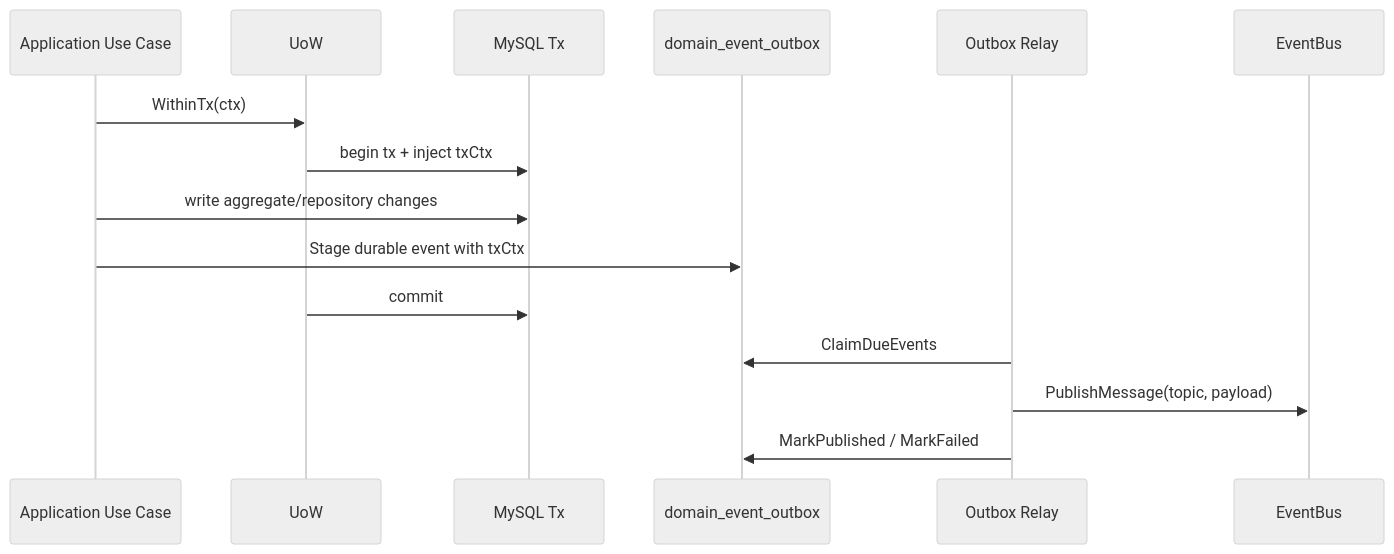
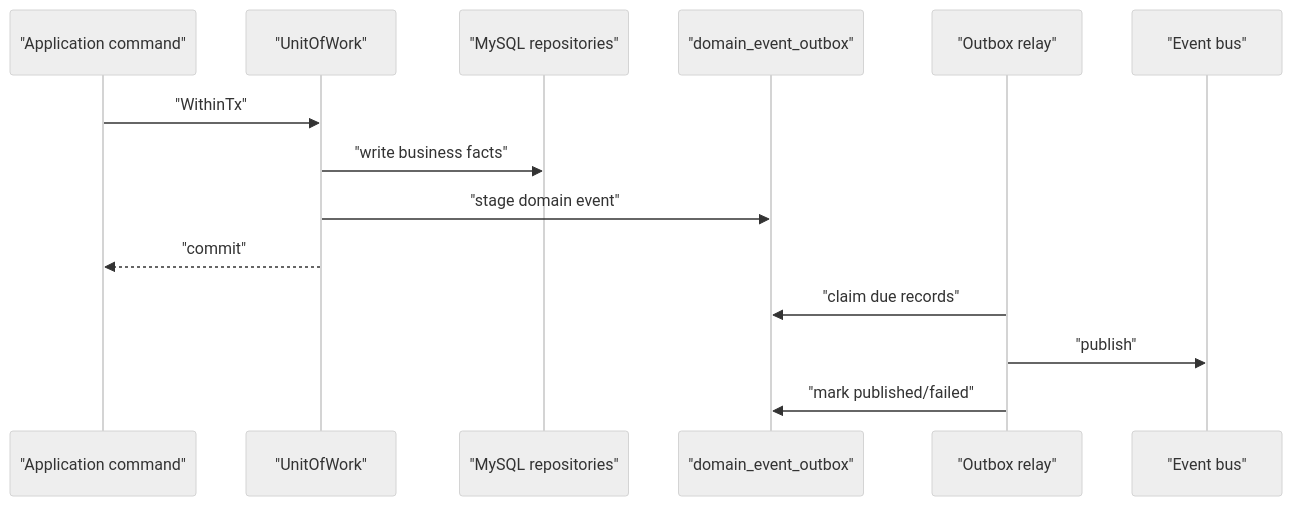
The diagram in docs/04-基础设施与运维/06-UoW与Transactional Outbox.md (FangcunMount/iam), drawn with Mermaid (neutral theme) before and after one commit. The commit also changed other lines of this file and 61 other files, not shown here.

````diff
--- a/docs/04-基础设施与运维/06-UoW与Transactional Outbox.md
+++ b/docs/04-基础设施与运维/06-UoW与Transactional Outbox.md
@@ -32,18 +27,17 @@
 ```mermaid
 sequenceDiagram
-  participant App as Application Use Case
-  participant UOW as UoW
-  participant DB as MySQL Tx
-  participant OB as domain_event_outbox
-  participant Relay as Outbox Relay
-  participant MQ as EventBus
+    participant App as "Application command"
+    participant UoW as "UnitOfWork"
+    participant Store as "MySQL repositories"
+    participant Outbox as "domain_event_outbox"
+    participant Relay as "Outbox relay"
+    participant Bus as "Event bus"
 
-  App->>UOW: WithinTx(ctx)
-  UOW->>DB: begin tx + inject txCtx
-  App->>DB: write aggregate/repository changes
-  App->>OB: Stage durable event with txCtx
-  UOW->>DB: commit
-  Relay->>OB: ClaimDueEvents
-  Relay->>MQ: PublishMessage(topic, payload)
-  Relay->>OB: MarkPublished / MarkFailed
+    App->>UoW: "WithinTx"
+    UoW->>Store: "write business facts"
+    UoW->>Outbox: "stage domain event"
+    UoW-->>App: "commit"
+    Relay->>Outbox: "claim due records"
+    Relay->>Bus: "publish"
+    Relay->>Outbox: "mark published/failed"
 ```
````
